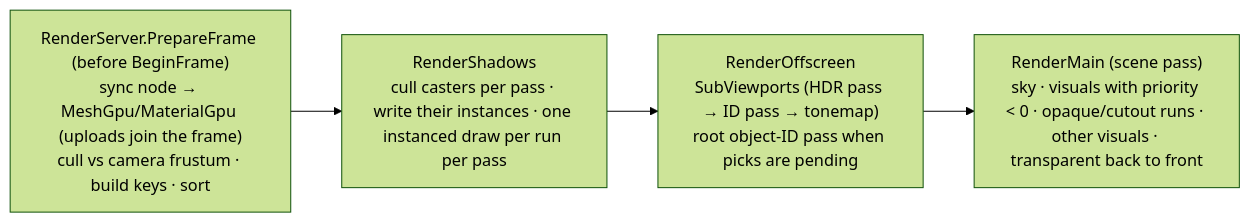
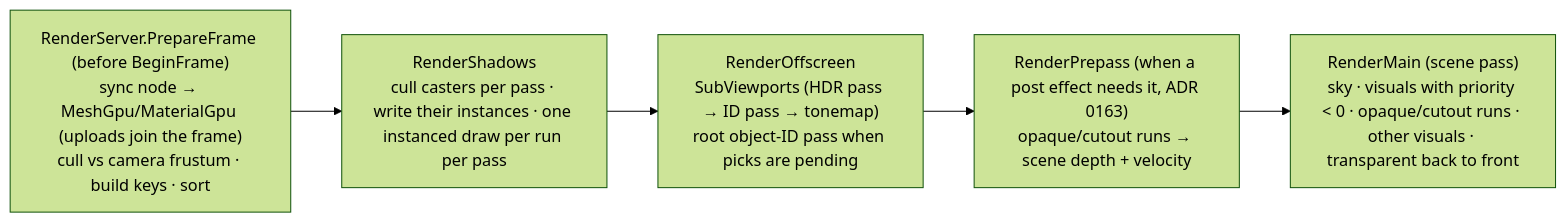
Before and after one commit to Mainframe-Games/mainframe-engine: the diagram in docs/design/materials-and-meshes.md, drawn with Mermaid (forest theme). The commit also changed other lines of this file and 85 other files, not shown here.

First line of the commit message:
Rendering: post-processing stages, depth prepass and motion vectors (ADR 0163)

````diff
--- a/docs/design/materials-and-meshes.md
+++ b/docs/design/materials-and-meshes.md
@@ -319,6 +319,7 @@
 ```mermaid
 flowchart LR
     P["RenderServer.PrepareFrame (before BeginFrame)<br/>sync node → MeshGpu/MaterialGpu (uploads join the frame)<br/>cull vs camera frustum · build keys · sort"] --> S["RenderShadows<br/>cull casters per pass · write their instances · one instanced draw per run per pass"]
     S --> O["RenderOffscreen<br/>SubViewports (HDR pass → ID pass → tonemap)<br/>root object-ID pass when picks are pending"]
-    O --> M["RenderMain (scene pass)<br/>sky · visuals with priority &lt; 0 · opaque/cutout runs · other visuals · transparent back to front"]
+    O --> D["RenderPrepass (when a post effect needs it, ADR 0163)<br/>opaque/cutout runs → scene depth + velocity"]
+    D --> M["RenderMain (scene pass)<br/>sky · visuals with priority &lt; 0 · opaque/cutout runs · other visuals · transparent back to front"]
 ```
````
